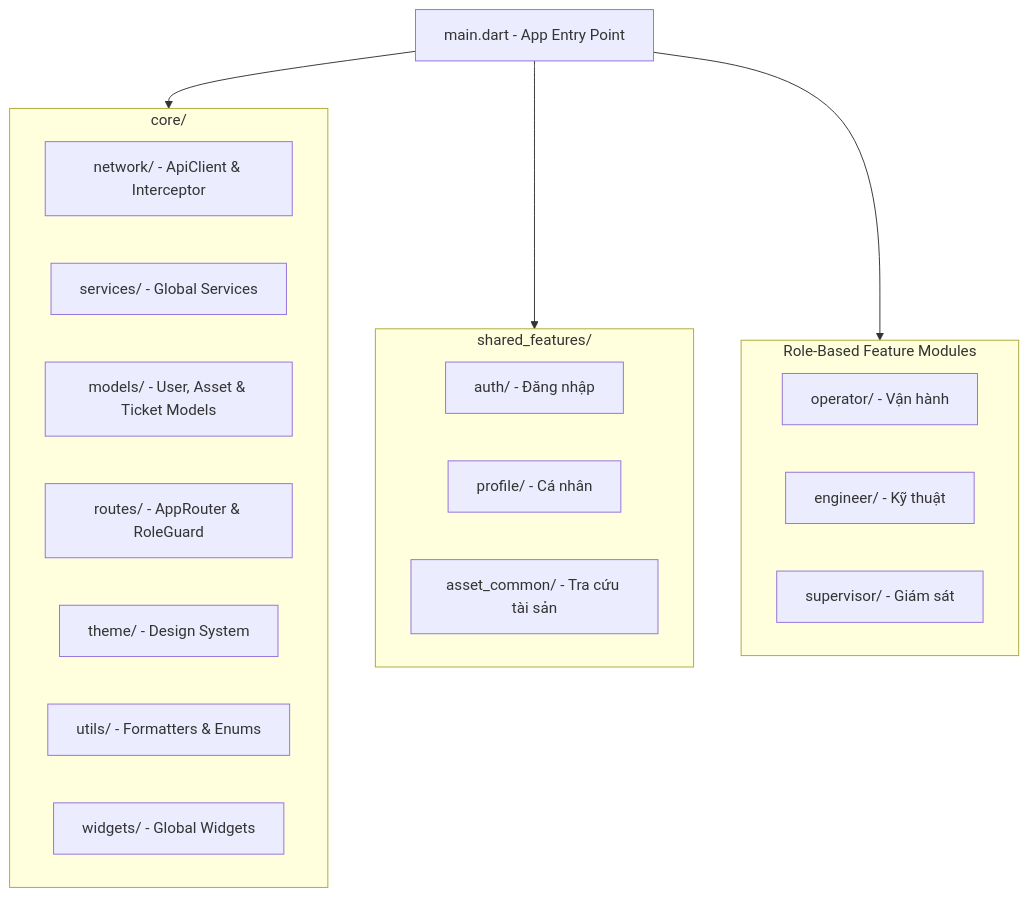
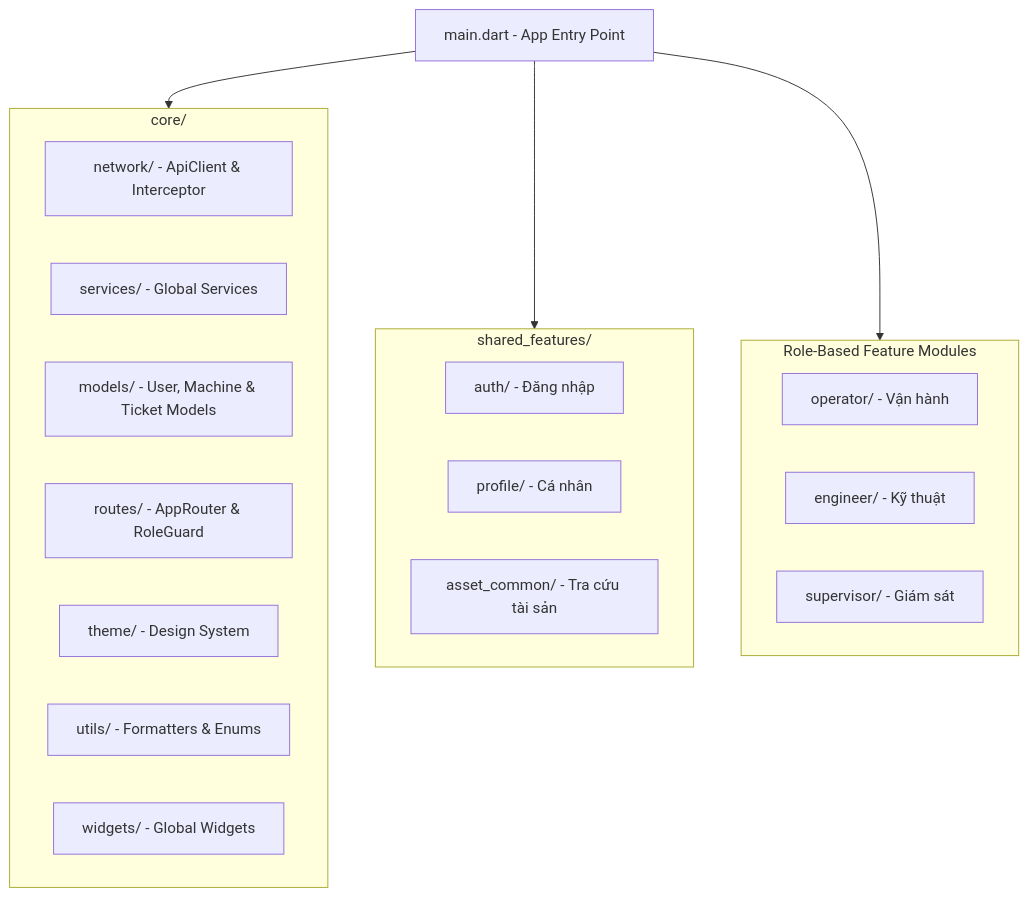
One commit to pvduy23052005/cse441-mobile-asset-track changed the diagram in frontend/architecture.md. Above: the diagram before and after it, drawn with Mermaid. The commit also changed other lines of this file and 5 other files, not shown here.

Commit message:
refactor: replace asset management module with machine management system including models, services, and UI updates

````diff
--- a/frontend/architecture.md
+++ b/frontend/architecture.md
@@ -14,28 +14,28 @@
 ```mermaid
 graph TD
     A[main.dart - App Entry Point] --> B[core/ - Infrastructure Layer]
     A --> C[shared_features/ - Common Modules]
     A --> D[Role-Based Feature Modules]
     
     subgraph D [Role-Based Feature Modules]
         D1[operator/ - Vận hành]
         D2[engineer/ - Kỹ thuật]
         D3[supervisor/ - Giám sát]
     end
 
     subgraph C [shared_features/]
         C1[auth/ - Đăng nhập]
         C2[profile/ - Cá nhân]
         C3[asset_common/ - Tra cứu tài sản]
     end
 
     subgraph B [core/]
         B1[network/ - ApiClient & Interceptor]
         B2[services/ - Global Services]
-        B3[models/ - User, Asset & Ticket Models]
+        B3[models/ - User, Machine & Ticket Models]
         B4[routes/ - AppRouter & RoleGuard]
         B5[theme/ - Design System]
         B6[utils/ - Formatters & Enums]
         B7[widgets/ - Global Widgets]
     end
 ```
````
